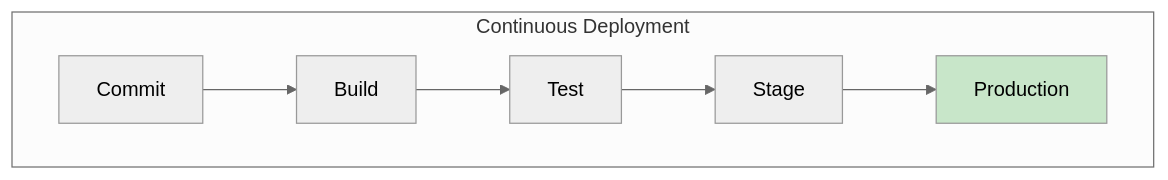
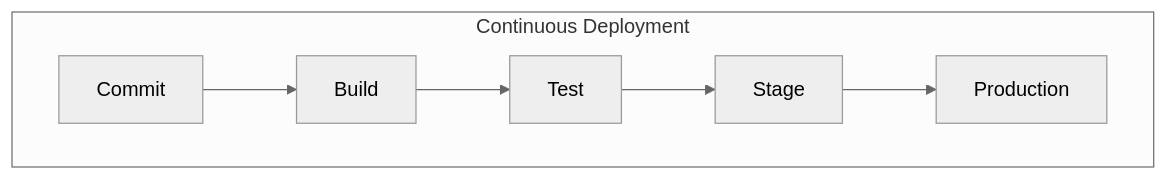
One commit to shivam-g-mishra/blog changed the second of 10 diagrams in docs/cicd/deployment-strategies.md. Above: the diagram before and after it, drawn with Mermaid. The commit also changed other lines of this file and 23 other files, not shown here.

First line of the commit message:
fix: improve Mermaid diagram visibility in dark mode

````diff
--- a/docs/cicd/deployment-strategies.md
+++ b/docs/cicd/deployment-strategies.md
@@ -85,10 +82,8 @@
 ```mermaid
 %%{init: {'theme': 'neutral'}}%%
 flowchart LR
     subgraph cdep["Continuous Deployment"]
         direction LR
         C2[Commit] --> B2[Build] --> T2[Test] --> S2[Stage] --> P2[Production]
     end
-    
-    style P2 fill:#c8e6c9
 ```
````
